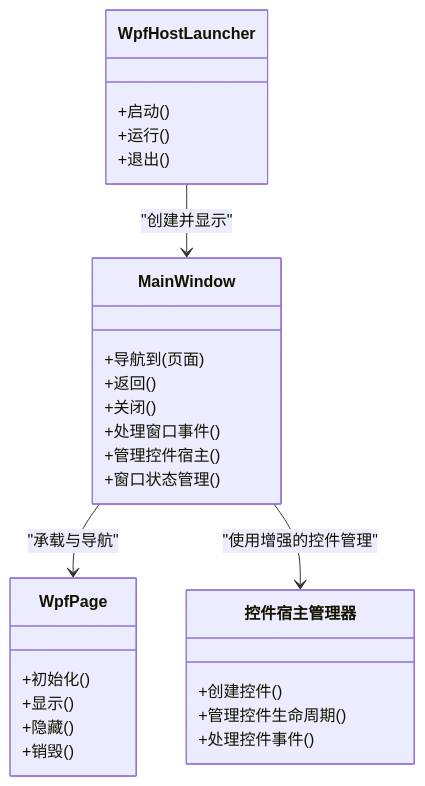
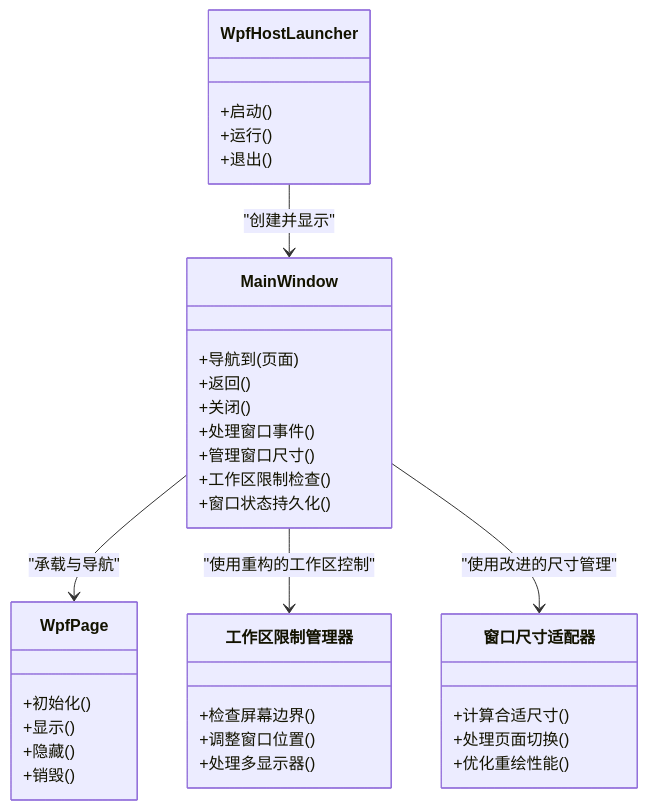
The third of 3 diagrams in .qoder/repowiki/zh/content/WPF宿主层.md (fuweiq94-cloud/3399180760), drawn with Mermaid before and after one commit. The commit also changed other lines of this file and 66 other files, not shown here.

````diff
--- a/.qoder/repowiki/zh/content/WPF宿主层.md
+++ b/.qoder/repowiki/zh/content/WPF宿主层.md
@@ -202,30 +204,37 @@
 ```mermaid
 classDiagram
 class WpfHostLauncher {
 +启动()
 +运行()
 +退出()
 }
 class MainWindow {
 +导航到(页面)
 +返回()
 +关闭()
 +处理窗口事件()
-+管理控件宿主()
-+窗口状态管理()
++管理窗口尺寸()
++工作区限制检查()
++窗口状态持久化()
 }
 class WpfPage {
 +初始化()
 +显示()
 +隐藏()
 +销毁()
 }
-class 控件宿主管理器 {
-+创建控件()
-+管理控件生命周期()
-+处理控件事件()
+class 工作区限制管理器 {
++检查屏幕边界()
++调整窗口位置()
++处理多显示器()
+}
+class 窗口尺寸适配器 {
++计算合适尺寸()
++处理页面切换()
++优化重绘性能()
 }
 WpfHostLauncher --> MainWindow : "创建并显示"
 MainWindow --> WpfPage : "承载与导航"
-MainWindow --> 控件宿主管理器 : "使用增强的控件管理"
+MainWindow --> 工作区限制管理器 : "使用重构的工作区控制"
+MainWindow --> 窗口尺寸适配器 : "使用改进的尺寸管理"
 ```
````
